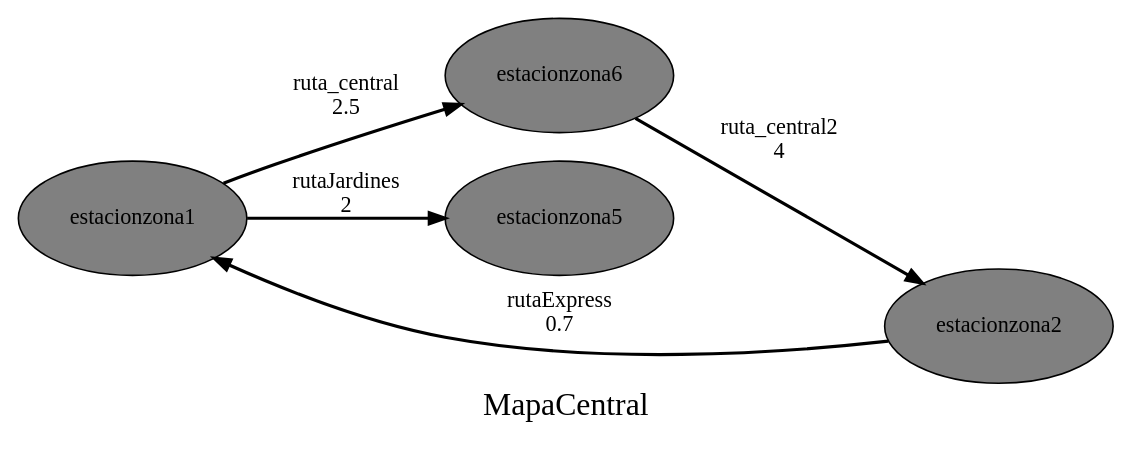
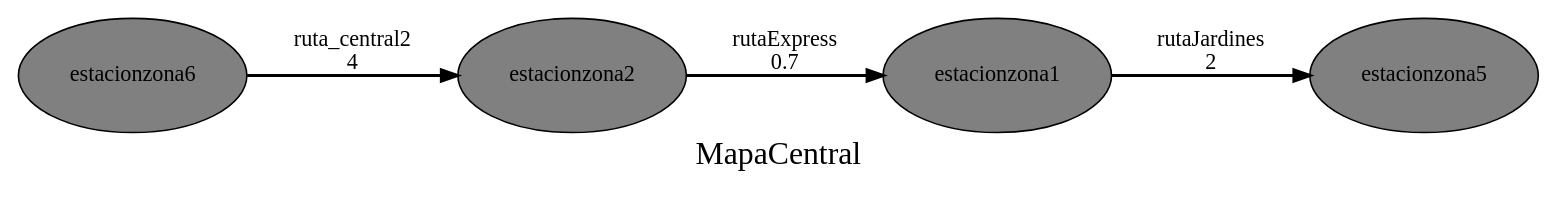
Before and after one commit to AdrianMolina2000/-LF-Proyecto1: the diagram in Images/Ruta2.gv, drawn with Graphviz. The commit also changed 7 other files, not shown here.

```diff
--- a/Images/Ruta2.gv
+++ b/Images/Ruta2.gv
@@ -1,15 +1,13 @@
 digraph Ruta2 {
 	node [color=black fillcolor=gray fixedsize=true height=1 shape=oval style=filled width=2]
-	estacionzona1 -> estacionzona6 [label="ruta_central
-2.5" style=bold]
 	estacionzona6 -> estacionzona2 [label="ruta_central2
 4" style=bold]
 	estacionzona2 -> estacionzona1 [label="rutaExpress
 0.7" style=bold]
 	estacionzona1 -> estacionzona5 [label="rutaJardines
 2" style=bold]
 	overlap=false
 	label=MapaCentral
 	fontsize=20
 	rankdir=LR
 }
```
